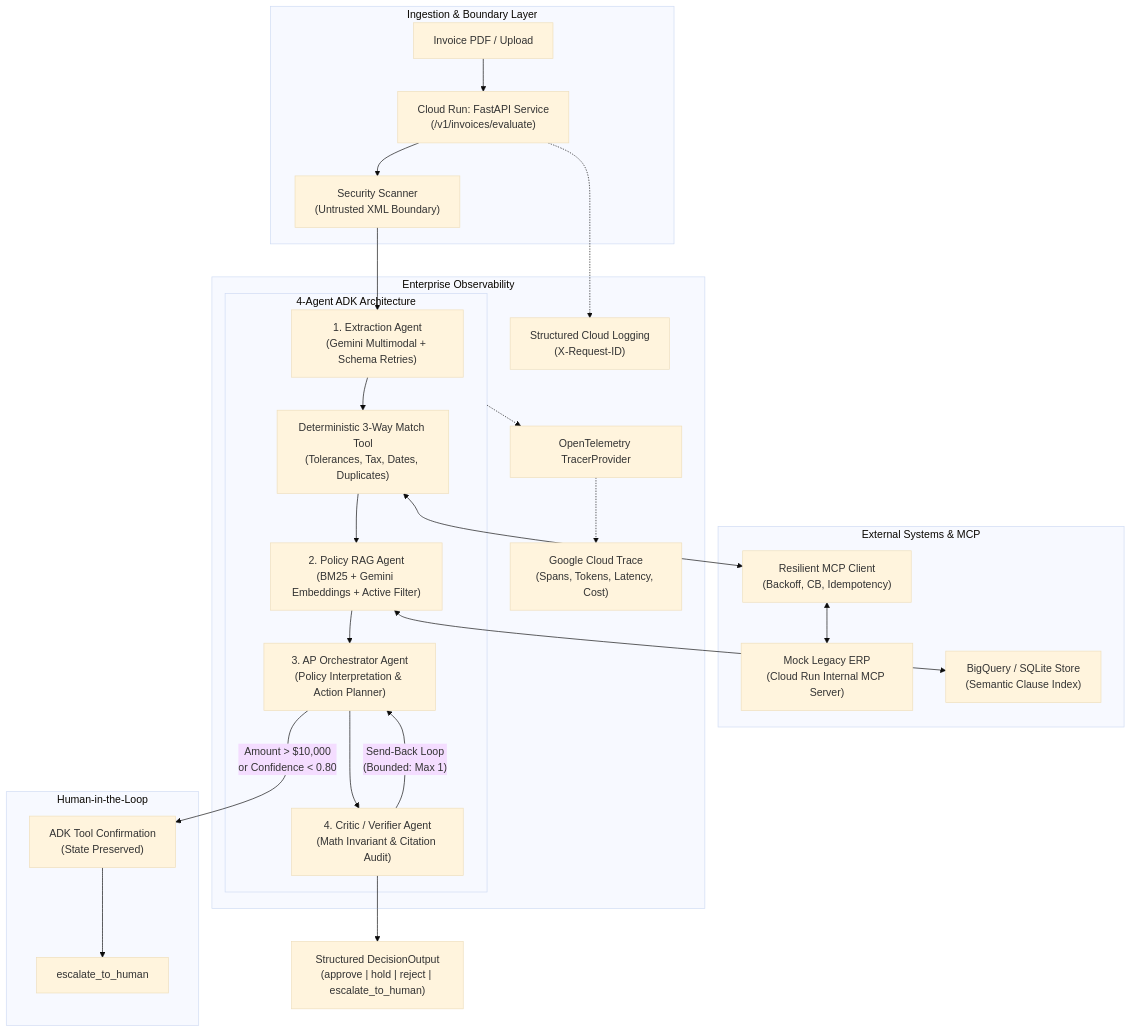
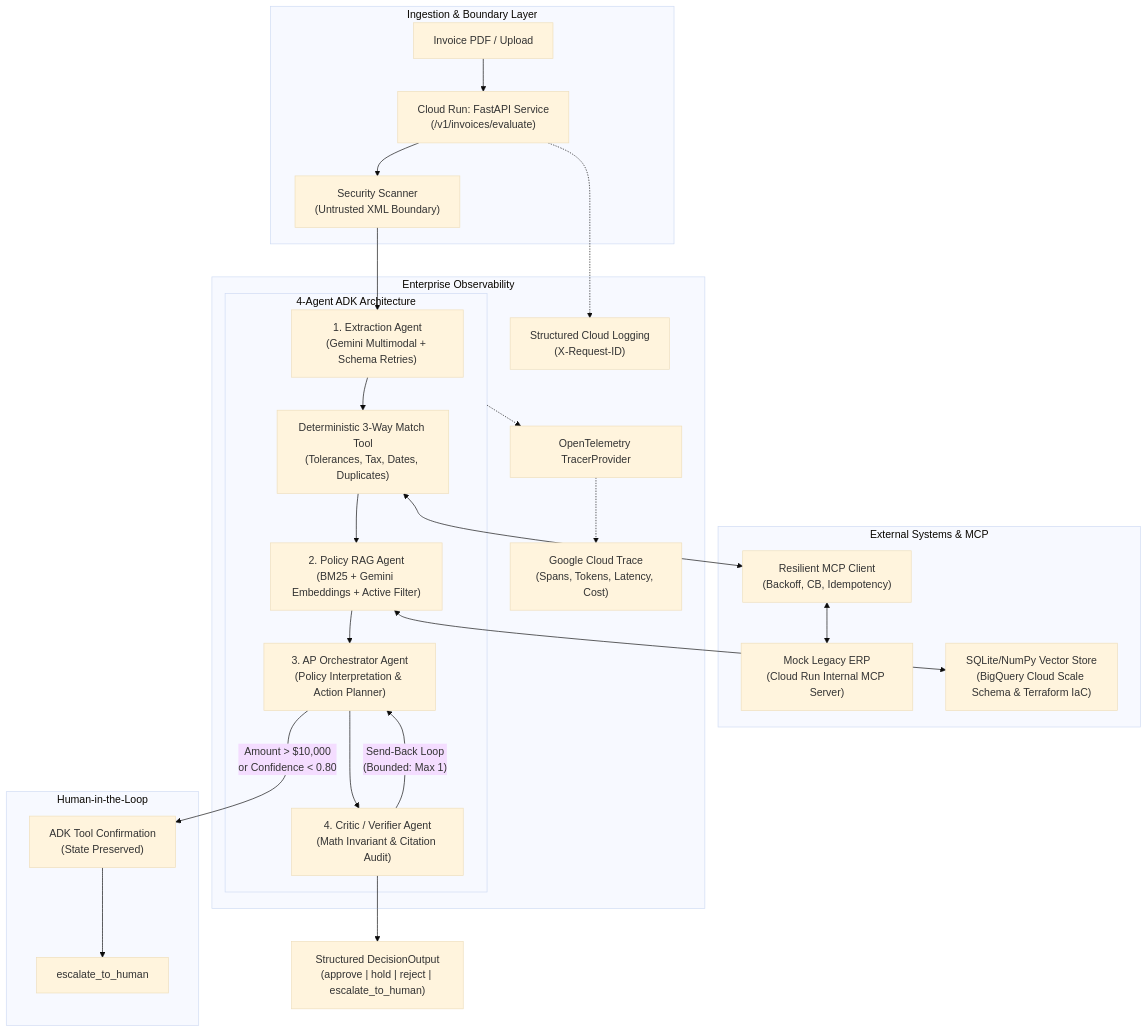
The diagram in README.md (Abh-igyan/invoiceops-agent), drawn with Mermaid (base theme) before and after one commit. The commit also changed other lines of this file and 11 other files, not shown here.

````diff
--- a/README.md
+++ b/README.md
@@ -16,37 +16,37 @@
 ```mermaid
 flowchart TD
     subgraph Client["Ingestion & Boundary Layer"]
         PDF["Invoice PDF / Upload"] --> FastAPI["Cloud Run: FastAPI Service\n(/v1/invoices/evaluate)"]
         FastAPI --> SecScan["Security Scanner\n(Untrusted XML Boundary)"]
     end
 
     subgraph Pipeline["4-Agent ADK Architecture"]
         SecScan --> ExtAgent["1. Extraction Agent\n(Gemini Multimodal + Schema Retries)"]
         ExtAgent --> MatTool["Deterministic 3-Way Match Tool\n(Tolerances, Tax, Dates, Duplicates)"]
         
         MatTool --> RAGAgent["2. Policy RAG Agent\n(BM25 + Gemini Embeddings + Active Filter)"]
         RAGAgent --> OrchAgent["3. AP Orchestrator Agent\n(Policy Interpretation & Action Planner)"]
         
         OrchAgent --> CriticAgent["4. Critic / Verifier Agent\n(Math Invariant & Citation Audit)"]
         CriticAgent -- "Send-Back Loop\n(Bounded: Max 1)" --> OrchAgent
     end
 
     subgraph Tools["External Systems & MCP"]
         MatTool <--> ErpClient["Resilient MCP Client\n(Backoff, CB, Idempotency)"]
         ErpClient <--> MCPErp["Mock Legacy ERP\n(Cloud Run Internal MCP Server)"]
-        RAGAgent <--> PolicyStore["BigQuery / SQLite Store\n(Semantic Clause Index)"]
+        RAGAgent <--> PolicyStore["SQLite/NumPy Vector Store\n(BigQuery Cloud Scale Schema & Terraform IaC)"]
     end
 
     subgraph HumanApproval["Human-in-the-Loop"]
         OrchAgent -- "Amount > $10,000\nor Confidence < 0.80" --> HITL["ADK Tool Confirmation\n(State Preserved)"]
         HITL --> Escalate["escalate_to_human"]
     end
 
     subgraph Observability["Enterprise Observability"]
         Pipeline -.-> OTel["OpenTelemetry TracerProvider"]
         OTel -.-> CloudTrace["Google Cloud Trace\n(Spans, Tokens, Latency, Cost)"]
         FastAPI -.-> JSONLogs["Structured Cloud Logging\n(X-Request-ID)"]
     end
 
     CriticAgent --> Decision["Structured DecisionOutput\n(approve | hold | reject | escalate_to_human)"]
 ```
````
